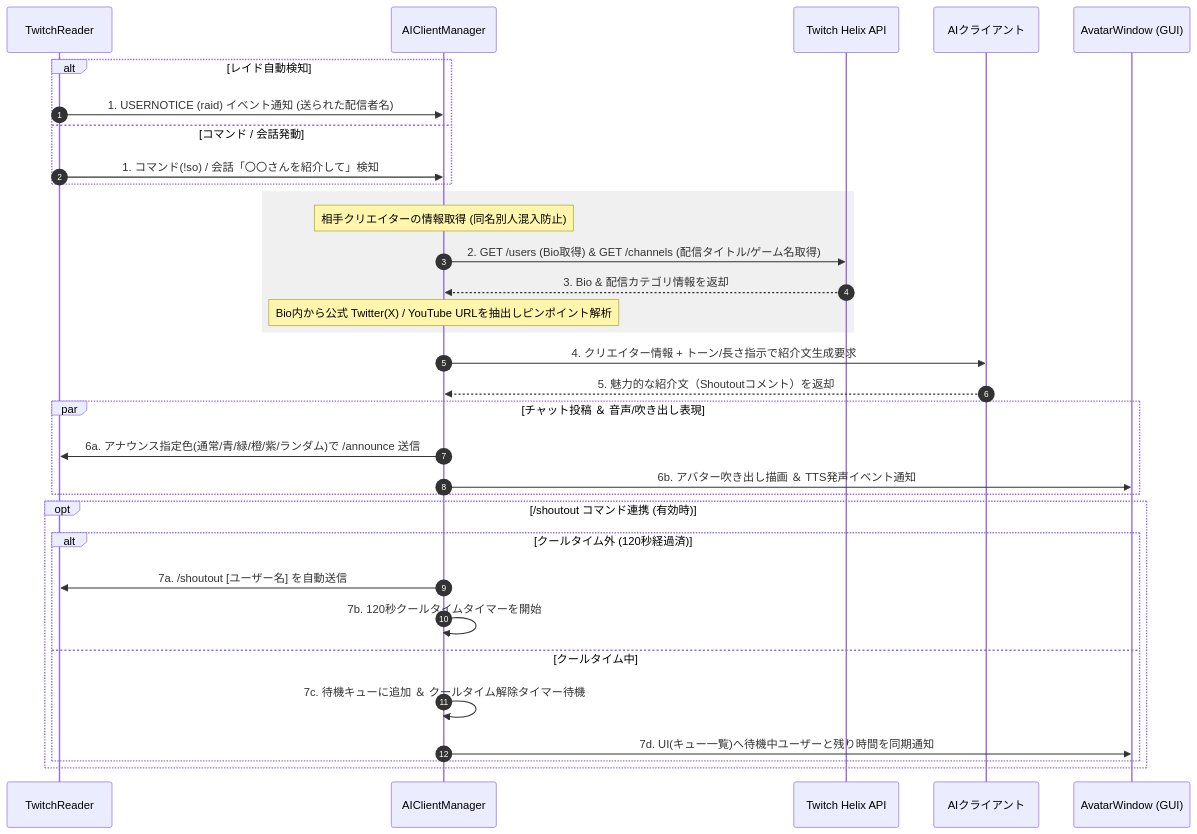
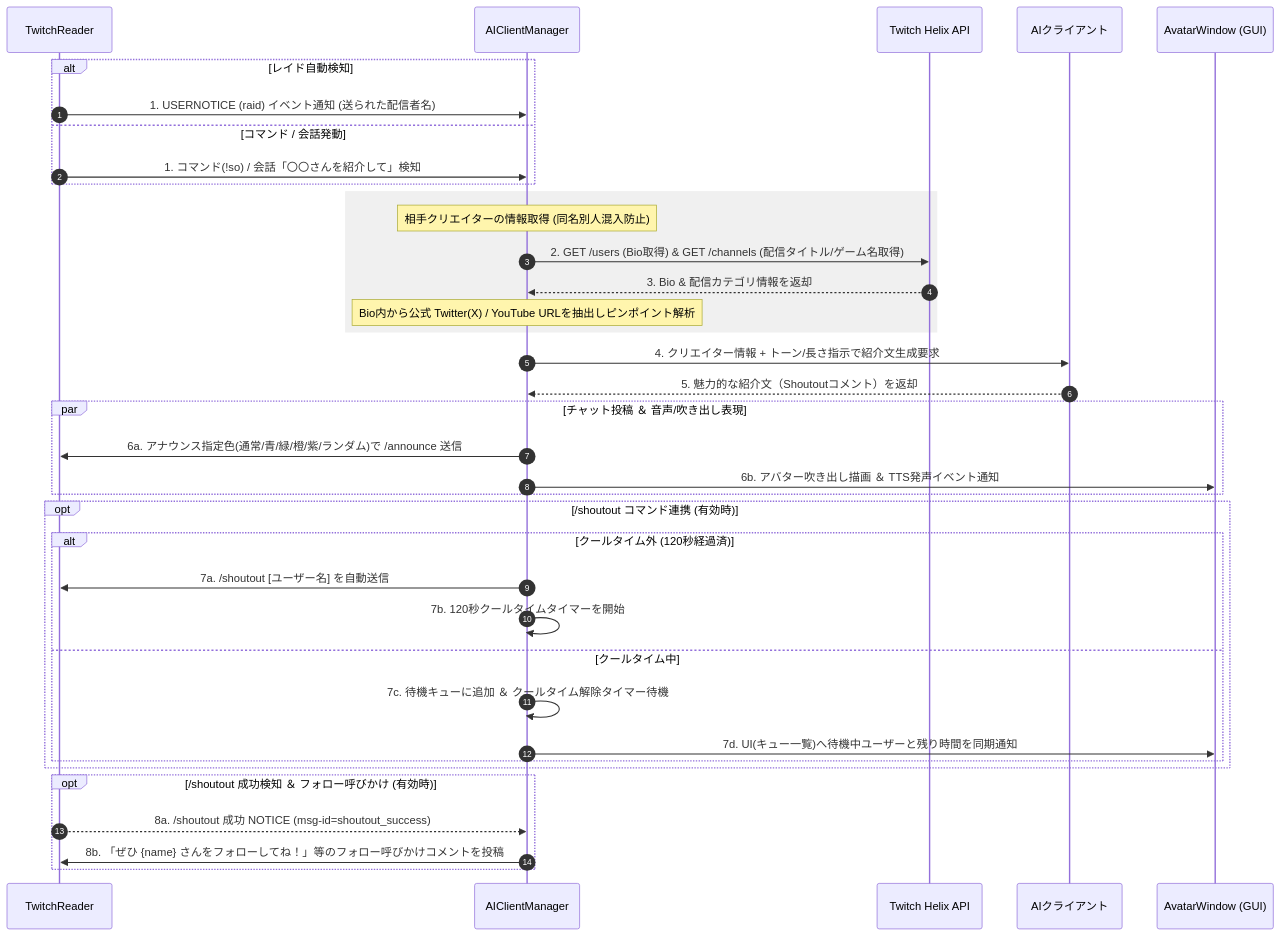
Diagram 22 of 22 in doc/BasicDesign.md (BLUE000/AiAssistantAvatar), drawn with Mermaid before and after one commit. The commit also changed 5 other files, not shown here.

````diff
--- a/doc/BasicDesign.md
+++ b/doc/BasicDesign.md
@@ -1249,40 +1249,45 @@
 ```mermaid
 sequenceDiagram
     autonumber
     participant Twitch as TwitchReader
     participant Manager as AIClientManager
     participant Helix as Twitch Helix API
     participant LLM as AIクライアント
     participant UI as AvatarWindow (GUI)
 
     alt レイド自動検知
         Twitch->>Manager: 1. USERNOTICE (raid) イベント通知 (送られた配信者名)
     else コマンド / 会話発動
         Twitch->>Manager: 1. コマンド(!so) / 会話「〇〇さんを紹介して」検知
     end
 
     rect rgb(240, 240, 240)
         Note over Manager: 相手クリエイターの情報取得 (同名別人混入防止)
         Manager->>Helix: 2. GET /users (Bio取得) & GET /channels (配信タイトル/ゲーム名取得)
         Helix-->>Manager: 3. Bio & 配信カテゴリ情報を返却
         Note over Manager: Bio内から公式 Twitter(X) / YouTube URLを抽出しピンポイント解析
     end
 
     Manager->>LLM: 4. クリエイター情報 + トーン/長さ指示で紹介文生成要求
     LLM-->>Manager: 5. 魅力的な紹介文（Shoutoutコメント）を返却
 
     par チャット投稿 ＆ 音声/吹き出し表現
         Manager->>Twitch: 6a. アナウンス指定色(通常/青/緑/橙/紫/ランダム)で /announce 送信
         Manager->>UI: 6b. アバター吹き出し描画 ＆ TTS発声イベント通知
     end
 
     opt /shoutout コマンド連携 (有効時)
         alt クールタイム外 (120秒経過済)
             Manager->>Twitch: 7a. /shoutout [ユーザー名] を自動送信
             Manager->>Manager: 7b. 120秒クールタイムタイマーを開始
         else クールタイム中
             Manager->>Manager: 7c. 待機キューに追加 ＆ クールタイム解除タイマー待機
             Manager->>UI: 7d. UI(キュー一覧)へ待機中ユーザーと残り時間を同期通知
         end
     end
+
+    opt /shoutout 成功検知 ＆ フォロー呼びかけ (有効時)
+        Twitch-->>Manager: 8a. /shoutout 成功 NOTICE (msg-id=shoutout_success)
+        Manager->>Twitch: 8b. 「ぜひ {name} さんをフォローしてね！」等のフォロー呼びかけコメントを投稿
+    end
 ```
````
